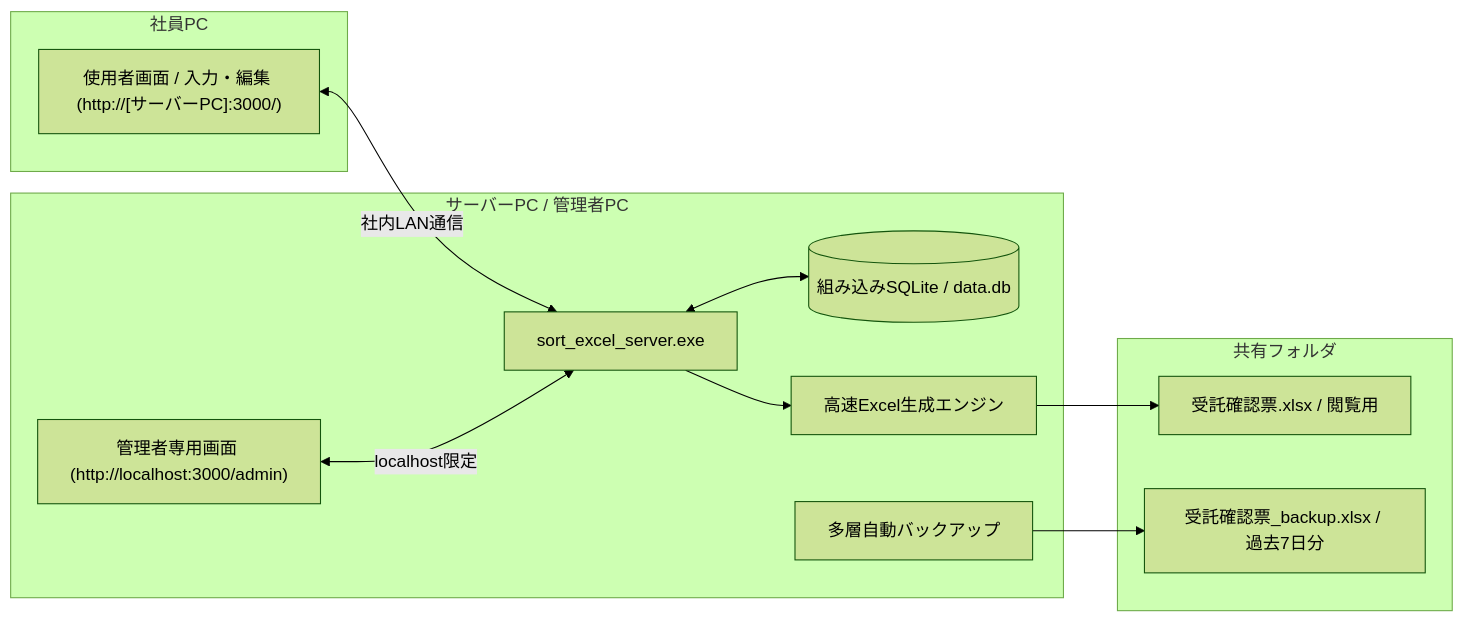
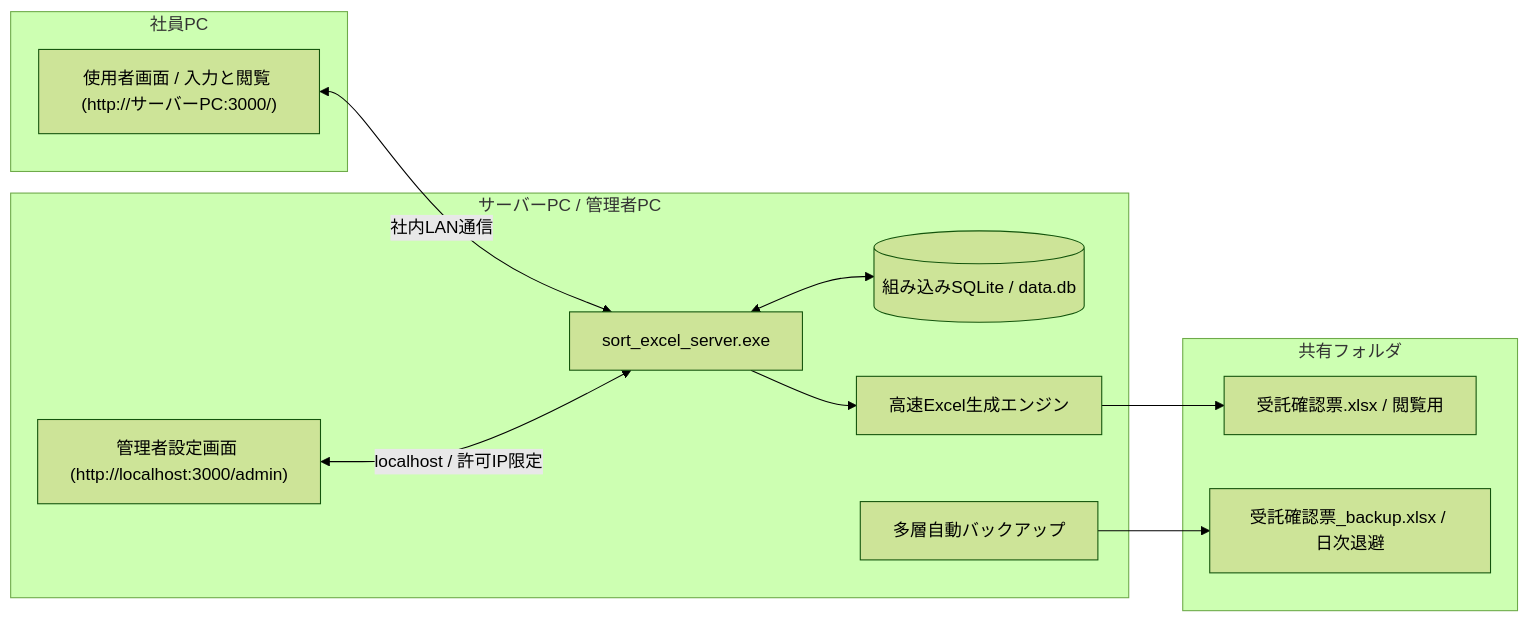
The diagram in README_SERVER.md (Altairu/sort_excel), drawn with Mermaid (forest theme) before and after one commit. The commit also changed other lines of this file and 1 other file, not shown here.

````diff
--- a/README_SERVER.md
+++ b/README_SERVER.md
@@ -6,26 +6,26 @@
 ```mermaid
 flowchart LR
     subgraph 社員PC
-        UserBrowser["使用者画面 / 入力・編集 (http://[サーバーPC]:3000/)"]
+        UserBrowser["使用者画面 / 入力と閲覧 (http://サーバーPC:3000/)"]
     end
 
     subgraph サーバーPC / 管理者PC
-        AdminBrowser["管理者専用画面 (http://localhost:3000/admin)"]
+        AdminBrowser["管理者設定画面 (http://localhost:3000/admin)"]
         Exe[sort_excel_server.exe]
         DB[(組み込みSQLite / data.db)]
         Engine[高速Excel生成エンジン]
         Backup[多層自動バックアップ]
     end
 
     subgraph 共有フォルダ
         Latest[受託確認票.xlsx / 閲覧用]
-        BackupFiles[受託確認票_backup.xlsx / 過去7日分]
+        BackupFiles[受託確認票_backup.xlsx / 日次退避]
     end
 
     UserBrowser <-->|社内LAN通信| Exe
-    AdminBrowser <-->|localhost限定| Exe
+    AdminBrowser <-->|localhost / 許可IP限定| Exe
     Exe <--> DB
     Exe --> Engine
     Engine --> Latest
     Backup --> BackupFiles
 ```
````
